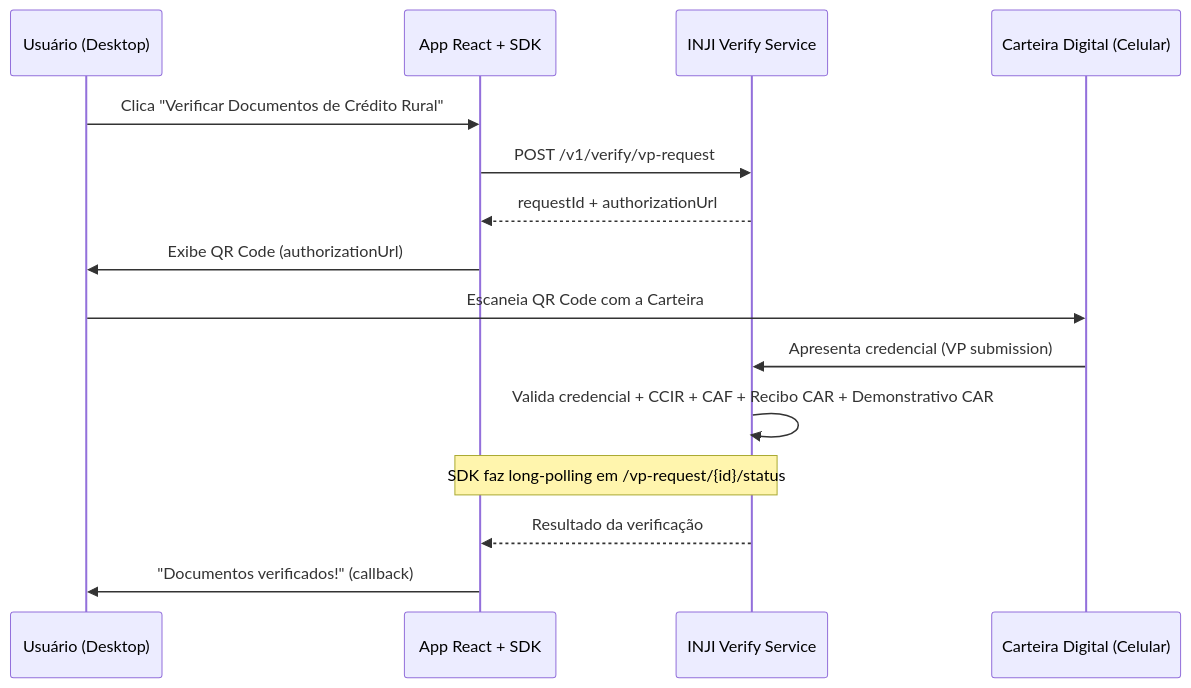
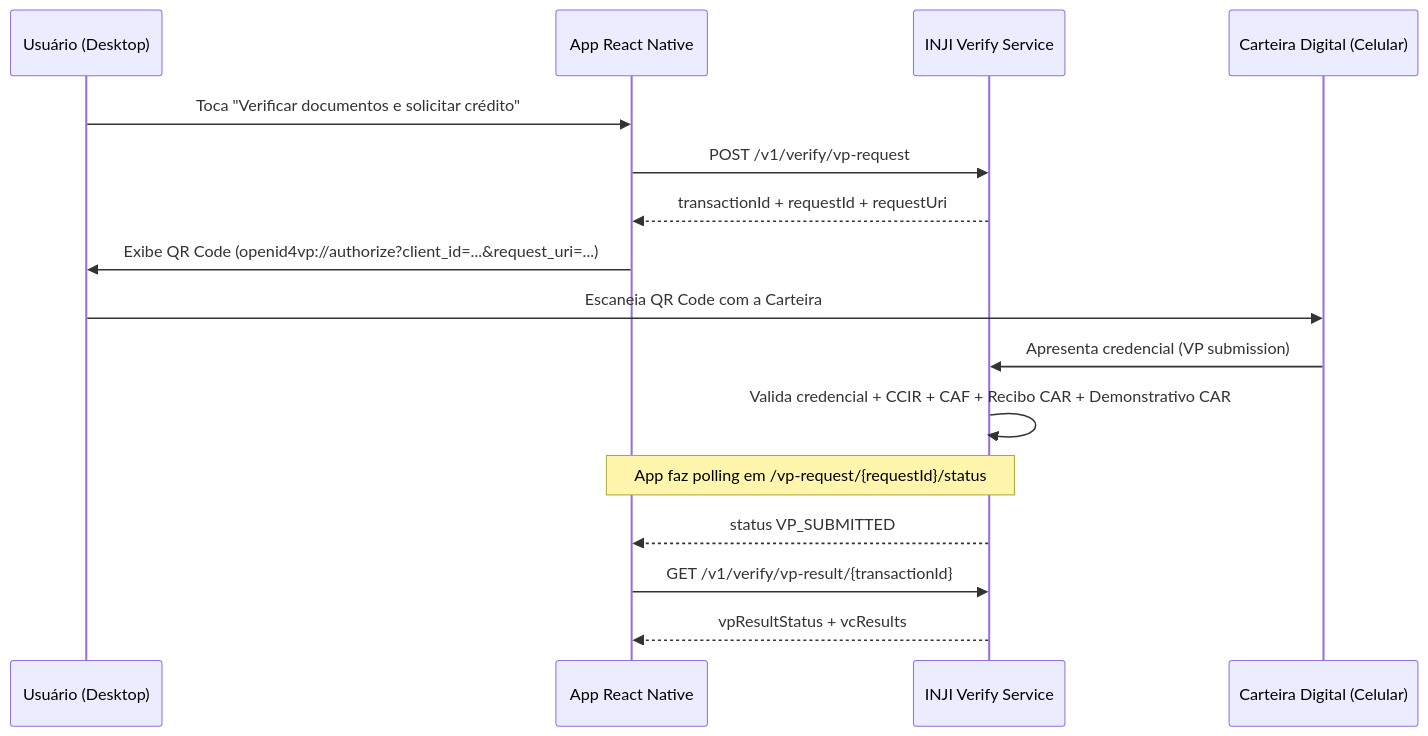
One commit to infraestrutura-digital/verifica-docs-rural_dev changed the first of 2 diagrams in fluxo-verificacao.qmd. Above: the diagram before and after it, drawn with Mermaid. The commit also changed other lines of this file and 28 other files, not shown here.

````diff
--- a/fluxo-verificacao.qmd
+++ b/fluxo-verificacao.qmd
@@ -11,18 +11,19 @@
 ```{mermaid}
 sequenceDiagram
     participant U as Usuário (Desktop)
-    participant SDK as App React + SDK
+    participant A as App React Native
     participant VS as INJI Verify Service
     participant W as Carteira Digital (Celular)
 
-    U->>SDK: Clica "Verificar Documentos de Crédito Rural"
-    SDK->>VS: POST /v1/verify/vp-request
-    VS-->>SDK: requestId + authorizationUrl
-    SDK->>U: Exibe QR Code (authorizationUrl)
+    U->>A: Toca "Verificar documentos e solicitar crédito"
+    A->>VS: POST /v1/verify/vp-request
+    VS-->>A: transactionId + requestId + requestUri
+    A->>U: Exibe QR Code (openid4vp://authorize?client_id=...&request_uri=...)
     U->>W: Escaneia QR Code com a Carteira
     W->>VS: Apresenta credencial (VP submission)
     VS->>VS: Valida credencial + CCIR + CAF + Recibo CAR + Demonstrativo CAR
-    Note over SDK,VS: SDK faz long-polling em /vp-request/{id}/status
-    VS-->>SDK: Resultado da verificação
-    SDK->>U: "Documentos verificados!" (callback)
+    Note over A,VS: App faz polling em /vp-request/{requestId}/status
+    VS-->>A: status VP_SUBMITTED
+    A->>VS: GET /v1/verify/vp-result/{transactionId}
+    VS-->>A: vpResultStatus + vcResults
 ```
````
